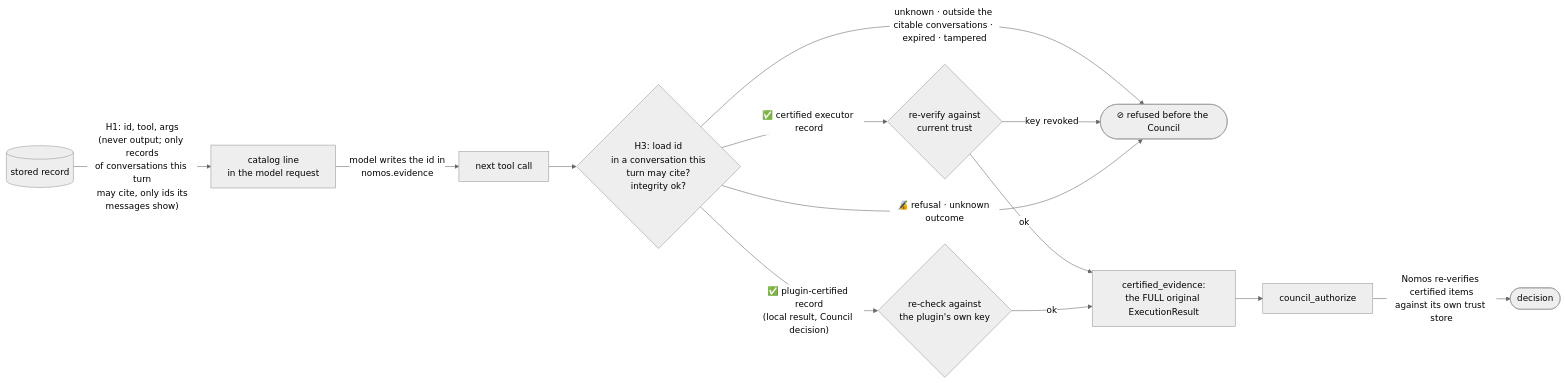
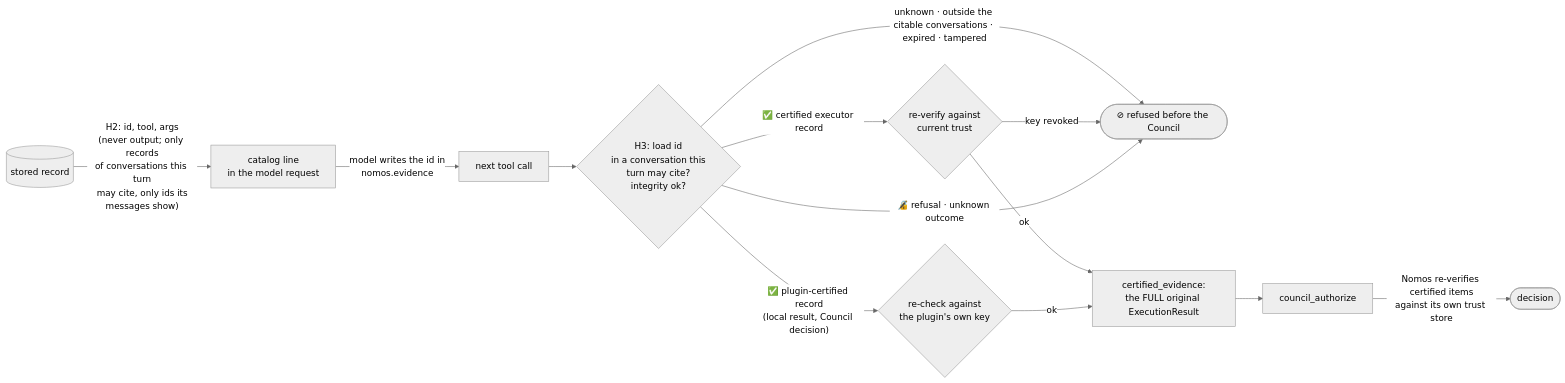
One commit to NVIDIA/Nomos changed the second of 3 diagrams in integrations/nemo-relay/docs/architecture/05-evidence-and-citation.md. Above: the diagram before and after it, drawn with Mermaid (neutral theme). The commit also changed other lines of this file and 53 other files, not shown here.

Commit message:
feat(nemo-relay): correlate tool calls with native request origins

````diff
--- a/integrations/nemo-relay/docs/architecture/05-evidence-and-citation.md
+++ b/integrations/nemo-relay/docs/architecture/05-evidence-and-citation.md
@@ -336,15 +338,15 @@
 ```mermaid
 flowchart LR
-  rec[("stored record")] -->|"H1: id, tool, args<br/>(never output; only records<br/>of conversations this turn<br/>may cite, only ids its<br/>messages show)"| cat["catalog line<br/>in the model request"]
+  rec[("stored record")] -->|"H2: id, tool, args<br/>(never output; only records<br/>of conversations this turn<br/>may cite, only ids its<br/>messages show)"| cat["catalog line<br/>in the model request"]
   cat -->|model writes the id in<br/>nomos.evidence| nextcall["next tool call"]
   nextcall --> h3{"H3: load id<br/>in a conversation this<br/>turn may cite?<br/>integrity ok?"}
   h3 -->|unknown · outside the citable conversations · expired · tampered| ref(["⊘ refused before the Council"])
   h3 -->|"✅ certified executor record"| rv{"re-verify against<br/>current trust"}
   rv -->|key revoked| ref
   rv -->|ok| cert["certified_evidence:<br/>the FULL original ExecutionResult"]
   h3 -->|"✅ plugin-certified record<br/>(local result, Council decision)"| pv{"re-check against<br/>the plugin's own key"}
   pv -->|ok| cert
   h3 -->|"🔏 refusal · unknown outcome"| ref
   cert --> council["council_authorize"]
   council -->|"Nomos re-verifies certified items<br/>against its own trust store"| decision(["decision"])
 ```
````
